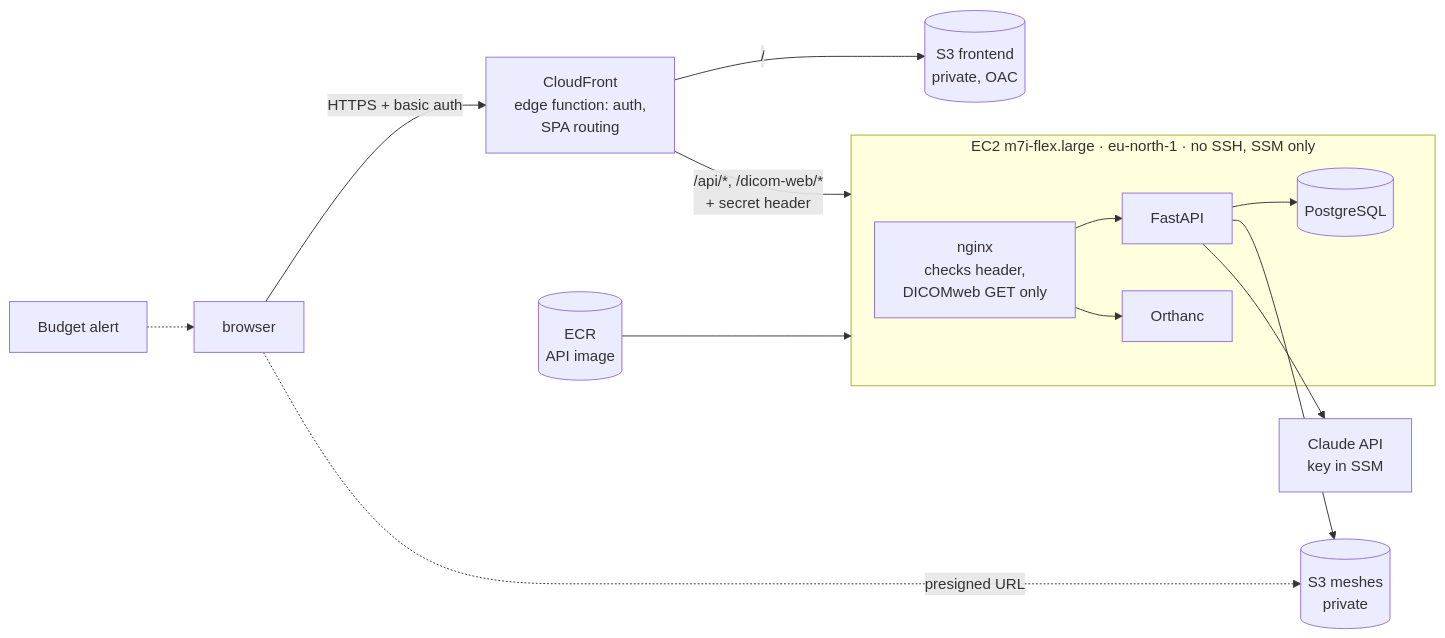
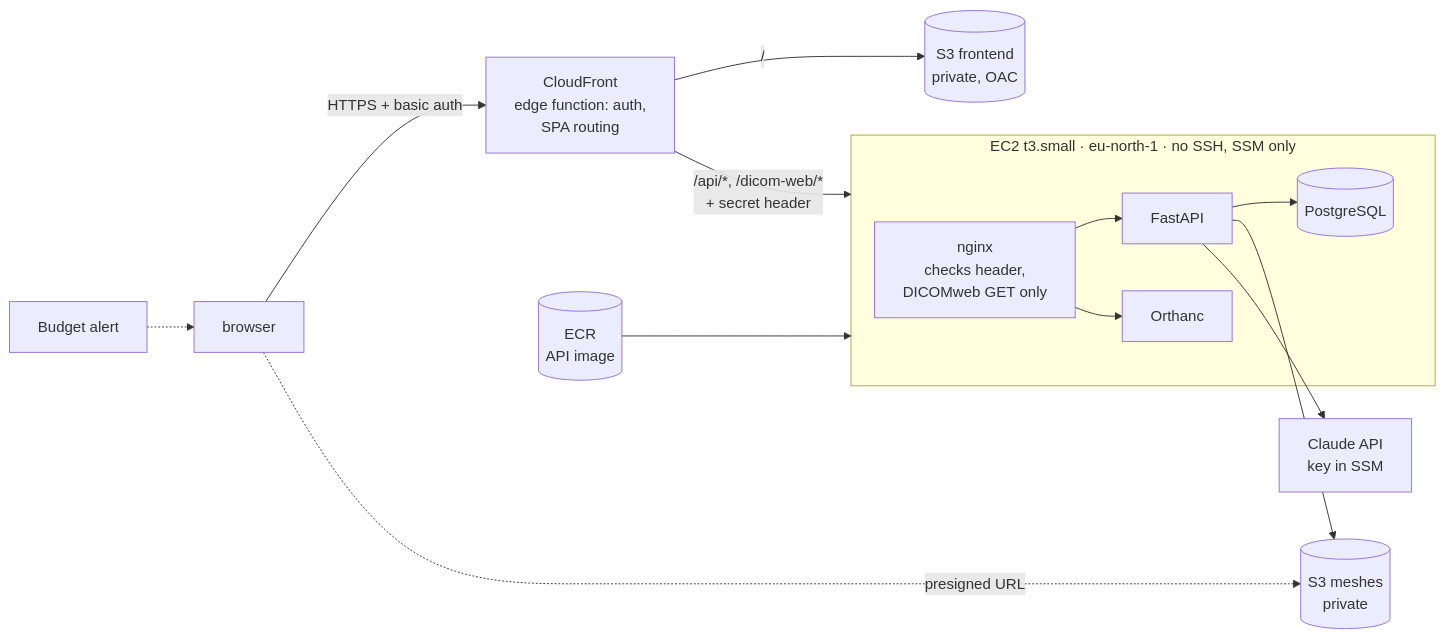
Before and after one commit to ZeeetOne/CochleaHub: the second of 2 diagrams in docs/architecture/08-evaluation-deploy.md, drawn with Mermaid. The commit also changed 5 other files, not shown here.

````diff
--- a/docs/architecture/08-evaluation-deploy.md
+++ b/docs/architecture/08-evaluation-deploy.md
@@ -62,16 +62,16 @@
 ```mermaid
 flowchart LR
     U["browser"] -->|HTTPS + basic auth| CF["CloudFront<br/>edge function: auth,<br/>SPA routing"]
     CF -->|"/"| S3F[("S3 frontend<br/>private, OAC")]
     CF -->|"/api/*, /dicom-web/*<br/>+ secret header"| EC2
-    subgraph EC2["EC2 m7i-flex.large · eu-north-1 · no SSH, SSM only"]
+    subgraph EC2["EC2 t3.small · eu-north-1 · no SSH, SSM only"]
         NG["nginx<br/>checks header,<br/>DICOMweb GET only"] --> API["FastAPI"]
         NG --> OR["Orthanc"]
         API --> PG[("PostgreSQL")]
     end
     API --> S3M[("S3 meshes<br/>private")]
     U -. "presigned URL" .-> S3M
     API --> CL["Claude API<br/>key in SSM"]
     ECR[("ECR<br/>API image")] --> EC2
     BUD["Budget alert"] -.-> U
 ```
````
